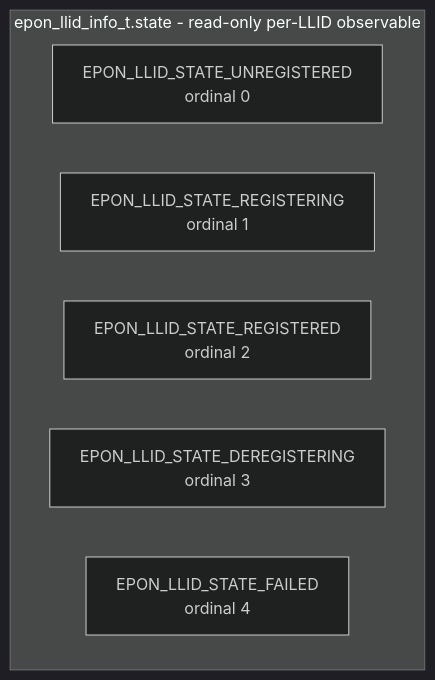
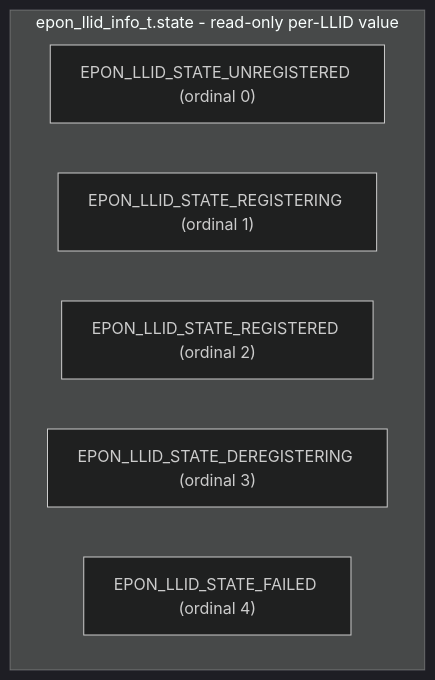
Before and after one commit to Blitzy-Sky/rdkb-halif-epon: the fourth of 4 diagrams in docs/pages/halSpec.md, drawn with Mermaid (dark theme). The commit also changed other lines of this file, not shown here.

First line of the commit message:
docs: simplify the EPON_HAL specification

````diff
--- a/docs/pages/halSpec.md
+++ b/docs/pages/halSpec.md
@@ -1339,11 +669,11 @@
 ```mermaid
 flowchart LR
-    subgraph llid["epon_llid_info_t.state - read-only per-LLID observable"]
+    subgraph llid["epon_llid_info_t.state - read-only per-LLID value"]
         direction LR
-        s0["EPON_LLID_STATE_UNREGISTERED<br/>ordinal 0"]
-        s1["EPON_LLID_STATE_REGISTERING<br/>ordinal 1"]
-        s2["EPON_LLID_STATE_REGISTERED<br/>ordinal 2"]
-        s3["EPON_LLID_STATE_DEREGISTERING<br/>ordinal 3"]
-        s4["EPON_LLID_STATE_FAILED<br/>ordinal 4"]
+        s0["EPON_LLID_STATE_UNREGISTERED (ordinal 0)"]
+        s1["EPON_LLID_STATE_REGISTERING (ordinal 1)"]
+        s2["EPON_LLID_STATE_REGISTERED (ordinal 2)"]
+        s3["EPON_LLID_STATE_DEREGISTERING (ordinal 3)"]
+        s4["EPON_LLID_STATE_FAILED (ordinal 4)"]
     end
 ```
````
